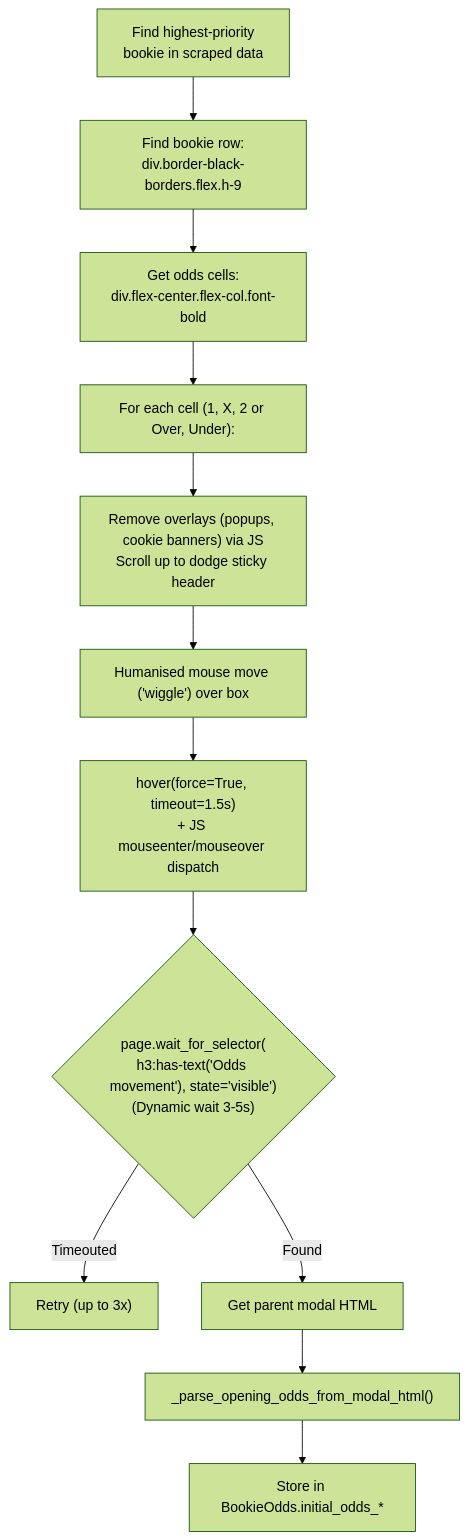
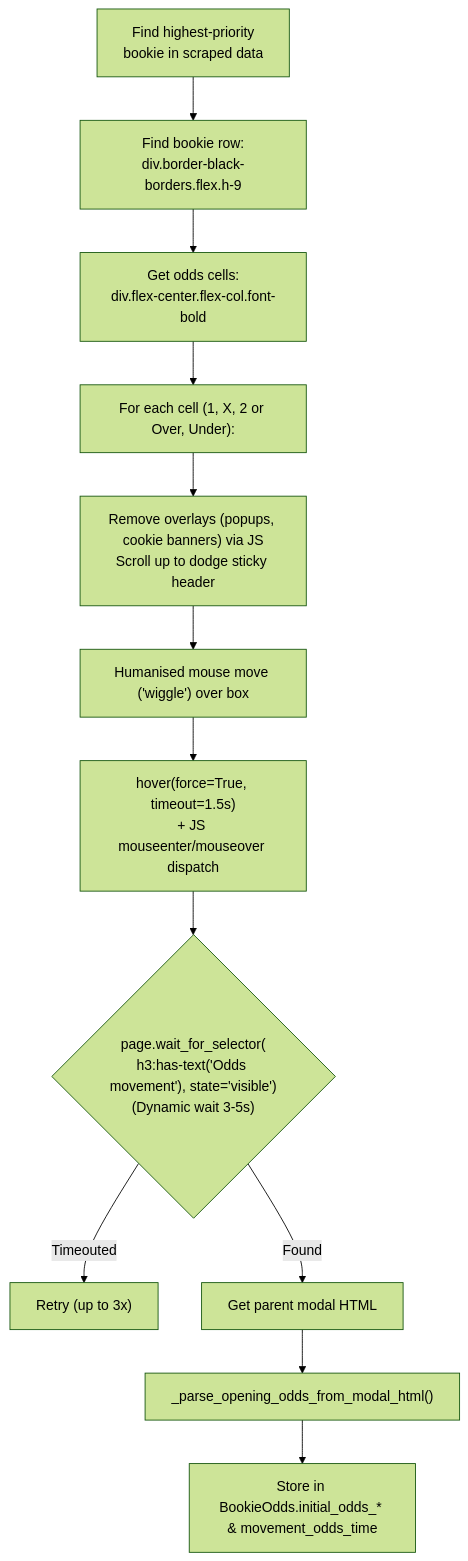
The fifth of 5 diagrams in oddsportal_scraping.md (GadielRP/scraping_with_api), drawn with Mermaid (forest theme) before and after one commit. The commit also changed other lines of this file and 3 other files, not shown here.

````diff
--- a/oddsportal_scraping.md
+++ b/oddsportal_scraping.md
@@ -474,14 +476,14 @@
 ```mermaid
 flowchart TD
     A["Find highest-priority\nbookie in scraped data"] --> B["Find bookie row:\ndiv.border-black-borders.flex.h-9"]
     B --> C["Get odds cells:\ndiv.flex-center.flex-col.font-bold"]
     C --> D["For each cell (1, X, 2 or Over, Under):"]
     D --> E["Remove overlays (popups, cookie banners) via JS\nScroll up to dodge sticky header"]
     E --> F["Humanised mouse move ('wiggle') over box"]
     F --> G["hover(force=True, timeout=1.5s)\n+ JS mouseenter/mouseover dispatch"]
     G --> H{"page.wait_for_selector(\nh3:has-text('Odds movement'), state='visible')\n(Dynamic wait 3-5s)"}
     H -- Timeouted --> I["Retry (up to 3x)"]
     H -- Found --> J["Get parent modal HTML"]
     J --> K["_parse_opening_odds_from_modal_html()"]
-    K --> L["Store in BookieOdds.initial_odds_*"]
+    K --> L["Store in BookieOdds.initial_odds_* & movement_odds_time"]
 ```
````
